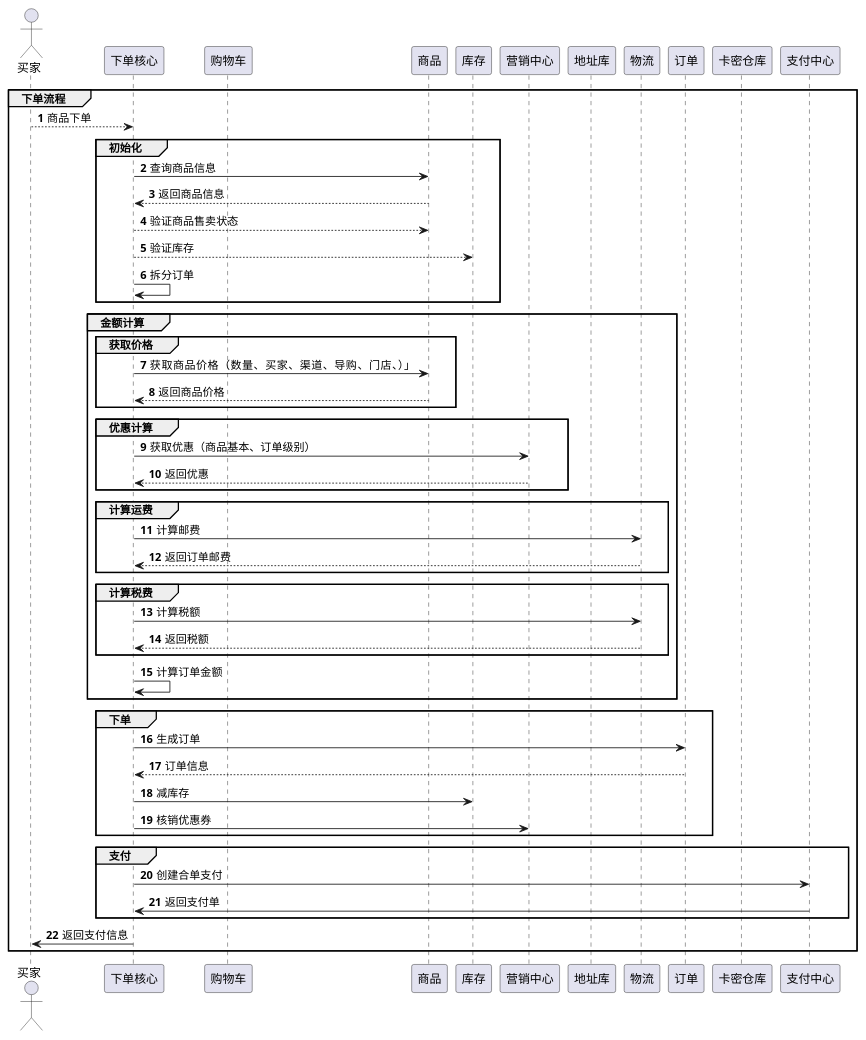
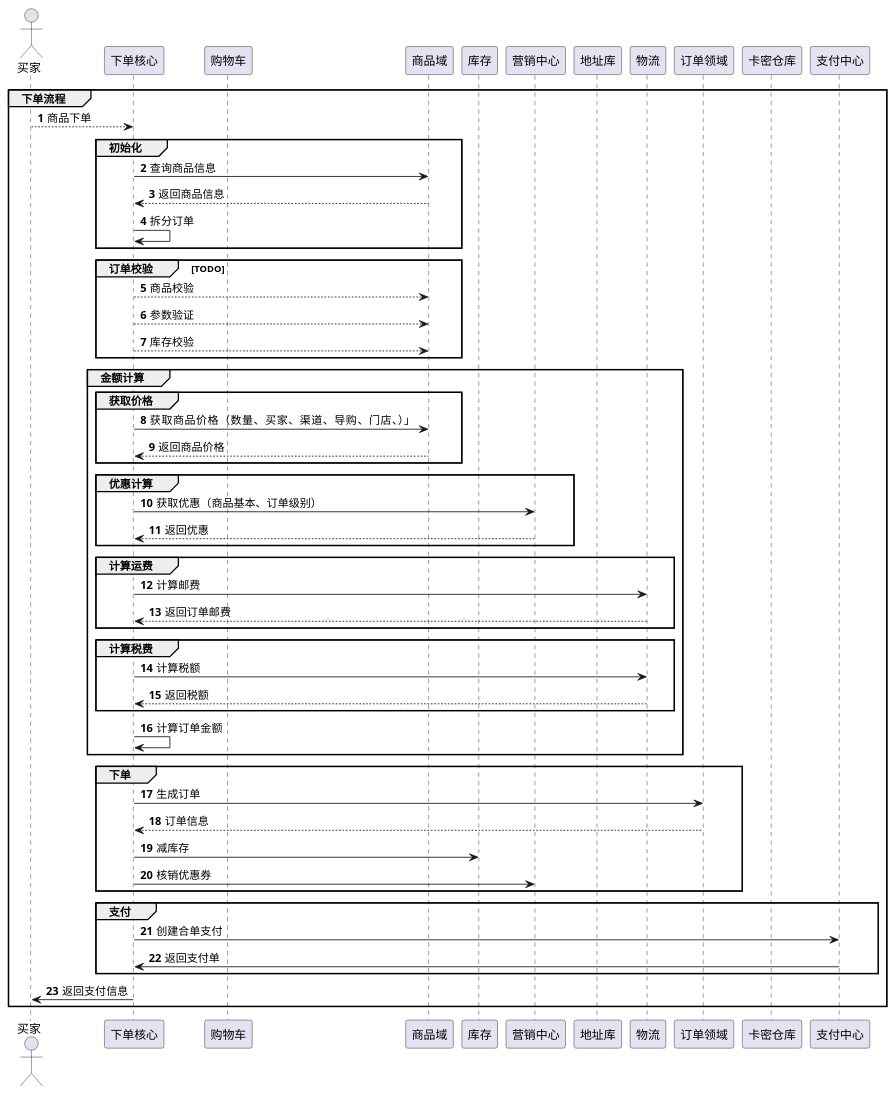
One commit to red-jasmine/docs changed the diagram in docs/shopping/核心流程.puml. Above: the diagram before and after it, drawn with PlantUML.

Commit message:
feat(下单流程): 流程优化

```diff
--- a/docs/shopping/核心流程.puml
+++ b/docs/shopping/核心流程.puml
@@ -1,114 +1,123 @@
 @startuml
 'https://plantuml.com/sequence-diagram
 
 autonumber
+
 actor 买家
 
 participant 下单核心
 
 participant 购物车
 
-participant 商品
+participant  商品域
 
 participant 库存
 
 participant 营销中心
 
 participant 地址库
 
 participant 物流
 
-participant 订单
+participant 订单领域
 
 participant 卡密仓库
 
 participant 支付中心
 
 
 
 group 下单流程
 
 买家 --> 下单核心: 商品下单
 
 group 初始化
 
-下单核心 -> 商品: 查询商品信息
-商品 --> 下单核心: 返回商品信息
+下单核心 -> 商品域: 查询商品信息
+商品域 --> 下单核心: 返回商品信息
+下单核心 -> 下单核心: 拆分订单
 
-下单核心 --> 商品: 验证商品售卖状态
-下单核心 --> 库存: 验证库存
+end
 
-下单核心 -> 下单核心: 拆分订单
+group  订单校验[TODO]
+
+下单核心 --> 商品域:商品校验
+
+下单核心 --> 商品域:参数验证
+
+下单核心 --> 商品域:库存校验
+
+
 
 end
 
 
 group 金额计算
 
 group 获取价格
 
-下单核心-> 商品: 获取商品价格（数量、买家、渠道、导购、门店、）」
-商品 --> 下单核心: 返回商品价格
+下单核心-> 商品域: 获取商品价格（数量、买家、渠道、导购、门店、）」
+商品域 --> 下单核心: 返回商品价格
 end
 
 group 优惠计算
 
 下单核心 -> 营销中心: 获取优惠（商品基本、订单级别）
 
 营销中心 --> 下单核心: 返回优惠
 
 end 计算优惠
 
 
 group 计算运费
 
 下单核心 -> 物流 : 计算邮费
 
 物流 --> 下单核心: 返回订单邮费
 
 end
 
 group 计算税费
 
 下单核心 -> 物流 : 计算税额
 
 物流 --> 下单核心: 返回税额
 end
 
 
 下单核心 -> 下单核心: 计算订单金额
 
 end
 
 
 
 
 group 下单
-下单核心-> 订单: 生成订单
-订单 --> 下单核心: 订单信息
+下单核心-> 订单领域: 生成订单
+订单领域 --> 下单核心: 订单信息
 下单核心-> 库存: 减库存
 下单核心-> 营销中心: 核销优惠券
 end
 
 
 group 支付
 
 下单核心 -> 支付中心: 创建合单支付
 
 支付中心 -> 下单核心: 返回支付单
 
 end group
 
 下单核心-> 买家: 返回支付信息
 
 end group
 
 
 
 
 
 
 
 
 
 @enduml
```
